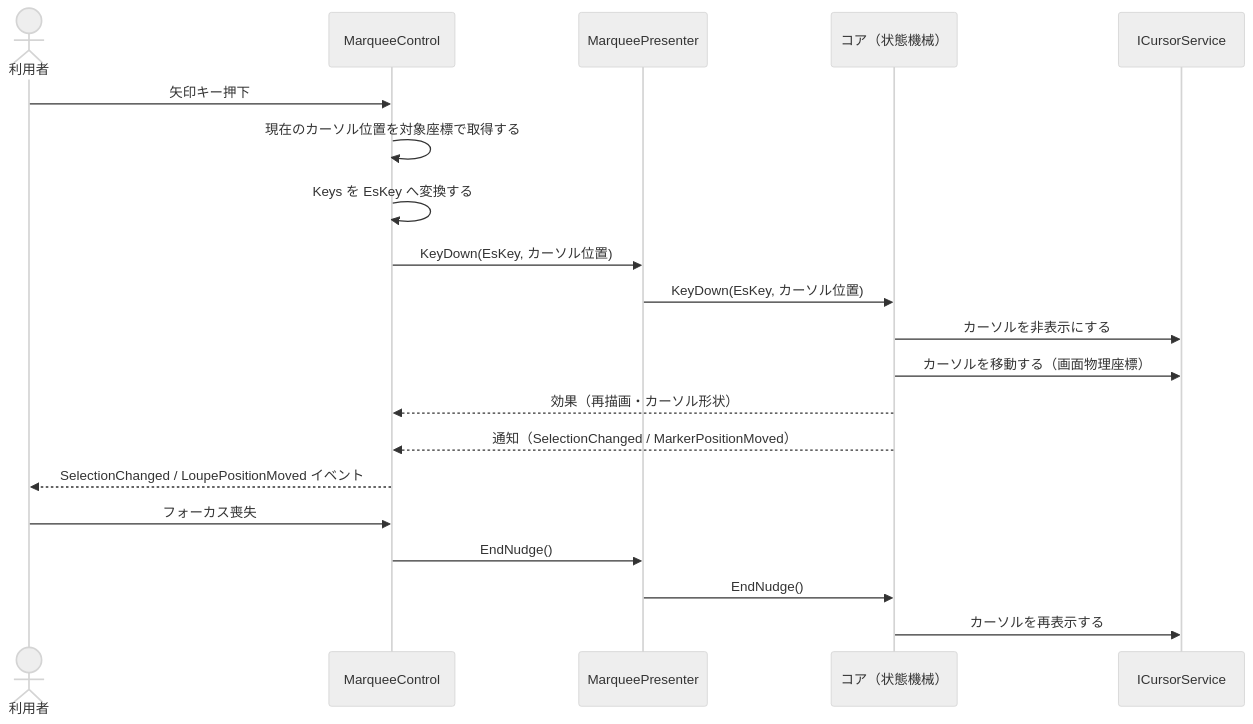
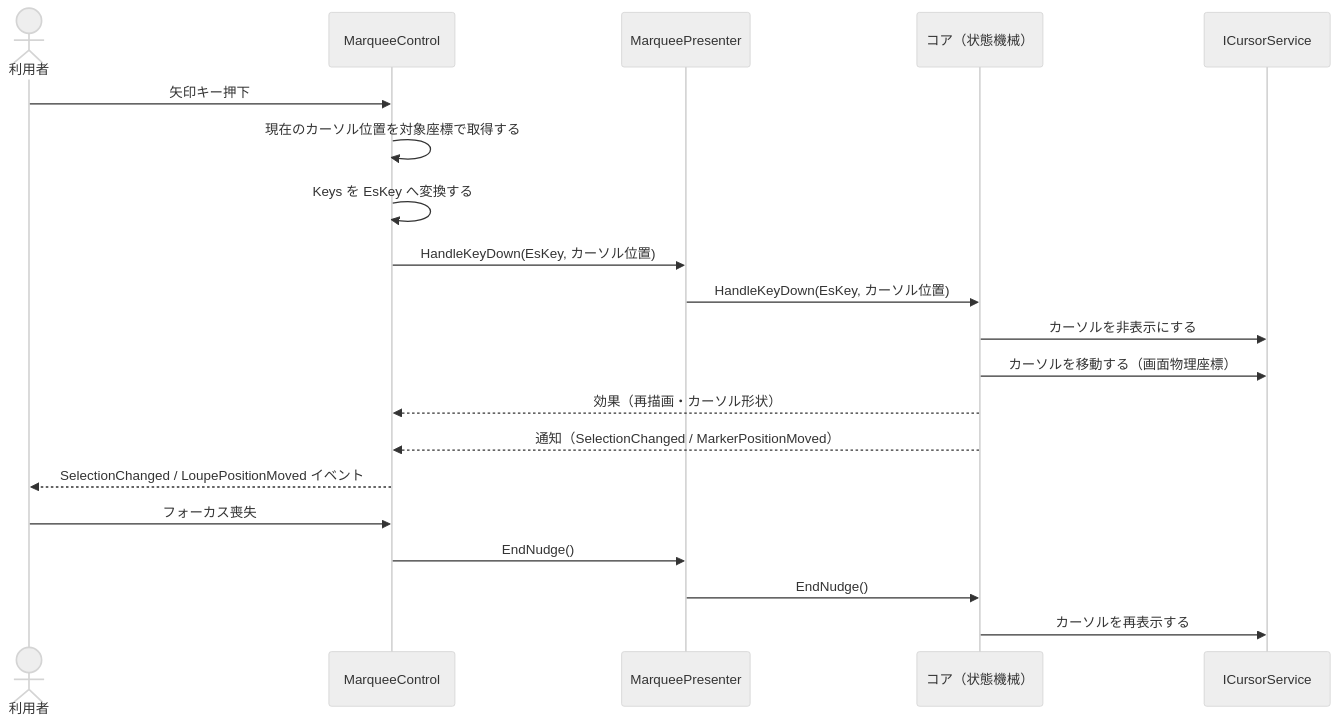
The fourth of 6 diagrams in EsUtil.Ui.WinForms/Marquee/docs/SPEC_System.md (tomokuni/EsUtil), drawn with Mermaid (neutral theme) before and after one commit. The commit also changed other lines of this file and 85 other files, not shown here.

````diff
--- a/EsUtil.Ui.WinForms/Marquee/docs/SPEC_System.md
+++ b/EsUtil.Ui.WinForms/Marquee/docs/SPEC_System.md
@@ -223,24 +223,24 @@
 ```mermaid
 sequenceDiagram
     actor User as 利用者
     participant C as MarqueeControl
     participant P as MarqueePresenter
     participant Core as コア（状態機械）
     participant Cur as ICursorService
 
     User->>C: 矢印キー押下
     C->>C: 現在のカーソル位置を対象座標で取得する
     C->>C: Keys を EsKey へ変換する
-    C->>P: KeyDown(EsKey, カーソル位置)
-    P->>Core: KeyDown(EsKey, カーソル位置)
+    C->>P: HandleKeyDown(EsKey, カーソル位置)
+    P->>Core: HandleKeyDown(EsKey, カーソル位置)
     Core->>Cur: カーソルを非表示にする
     Core->>Cur: カーソルを移動する（画面物理座標）
     Core-->>C: 効果（再描画・カーソル形状）
     Core-->>C: 通知（SelectionChanged / MarkerPositionMoved）
     C-->>User: SelectionChanged / LoupePositionMoved イベント
 
     User->>C: フォーカス喪失
     C->>P: EndNudge()
     P->>Core: EndNudge()
     Core->>Cur: カーソルを再表示する
 ```
````
